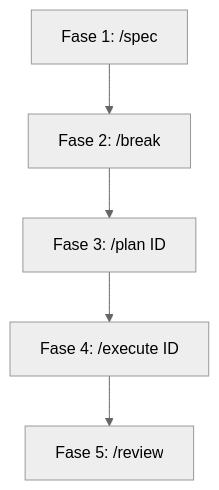
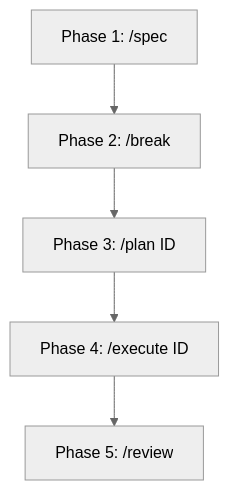
Before and after one commit to rafacdomin/design-system: the diagram in CONTRIBUTING.md, drawn with Mermaid (neutral theme). The commit also changed other lines of this file and 3 other files, not shown here.

````diff
--- a/CONTRIBUTING.md
+++ b/CONTRIBUTING.md
@@ -11,7 +13,7 @@
 ```mermaid
 graph TD
-    A[Fase 1: /spec] --> B[Fase 2: /break]
-    B --> C[Fase 3: /plan ID]
-    C --> D[Fase 4: /execute ID]
-    D --> E[Fase 5: /review]
+    A[Phase 1: /spec] --> B[Phase 2: /break]
+    B --> C[Phase 3: /plan ID]
+    C --> D[Phase 4: /execute ID]
+    D --> E[Phase 5: /review]
 ```
````
